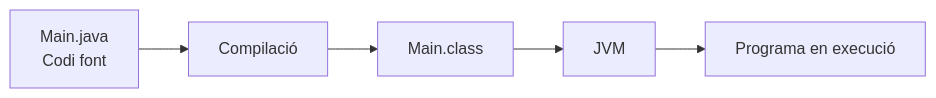
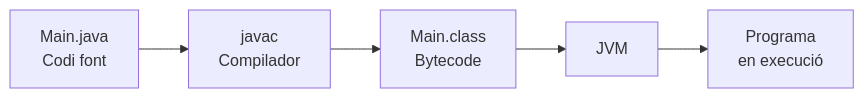
Before and after one commit to jordicido/jordicina: the first of 2 diagrams in docs/daw-ed/up1/activitats/activitat-3-construccio.md, drawn with Mermaid. The commit also changed other lines of this file, not shown here.

````diff
--- a/docs/daw-ed/up1/activitats/activitat-3-construccio.md
+++ b/docs/daw-ed/up1/activitats/activitat-3-construccio.md
@@ -134,7 +112,8 @@
 ```mermaid
 flowchart LR
-    A["Main.java<br/>Codi font"] --> B["Compilació"]
-    B --> C["Main.class"]
+
+    A["Main.java<br/>Codi font"] --> B["javac<br/>Compilador"]
+    B --> C["Main.class<br/>Bytecode"]
     C --> D["JVM"]
-    D --> E["Programa en execució"]
+    D --> E["Programa<br/>en execució"]
 ```
````
